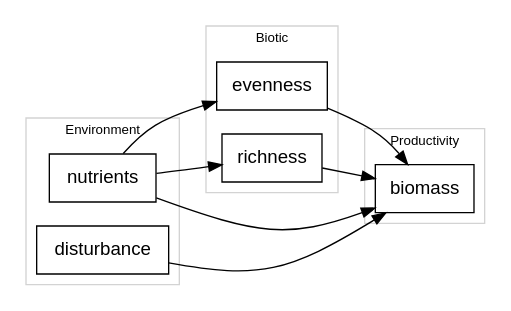
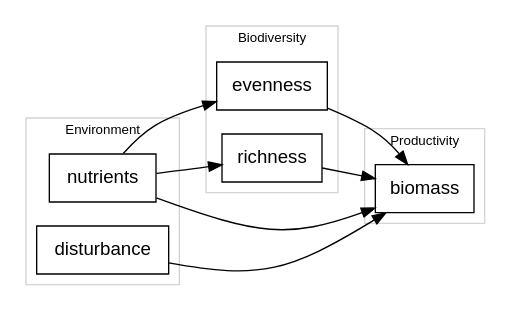
One commit to pennekampster/Swiss_SEM changed the first of 6 diagrams in 5_Slides/Intro_to_SEM_part2.qmd. Above: the diagram before and after it, drawn with Graphviz. The commit also changed other lines of this file, not shown here.

````diff
--- a/5_Slides/Intro_to_SEM_part2.qmd
+++ b/5_Slides/Intro_to_SEM_part2.qmd
@@ -39,45 +37,45 @@
 ```{dot}
 //| fig-width: 6
 digraph  {
 
    # a 'graph' statement
   graph [overlap = false, fontsize = 10, splines = curved, rankdir = LR]
 
   # several 'node' statements
   node [shape = box,
         fontname = Helvetica]
   
    subgraph cluster_bio {
-        label="Biotic"
+        label="Biodiversity"
         fontname = Helvetica
 		    color=lightgrey;
         evenness, richness;
         }
 
 
    subgraph cluster_env {
         label="Environment"
         fontname = Helvetica
      		color=lightgrey;
 
         nutrients;
         disturbance;
         }
 
     nutrients->richness;
     nutrients->evenness;
     nutrients->biomass;
     disturbance -> biomass;
 
    subgraph cluster_prod {
      label="Productivity";
      fontname = Helvetica;
      color=lightgrey;
      biomass; 
      }
 
     evenness->biomass ;
     richness->biomass ;
   
 }
 ```
````
